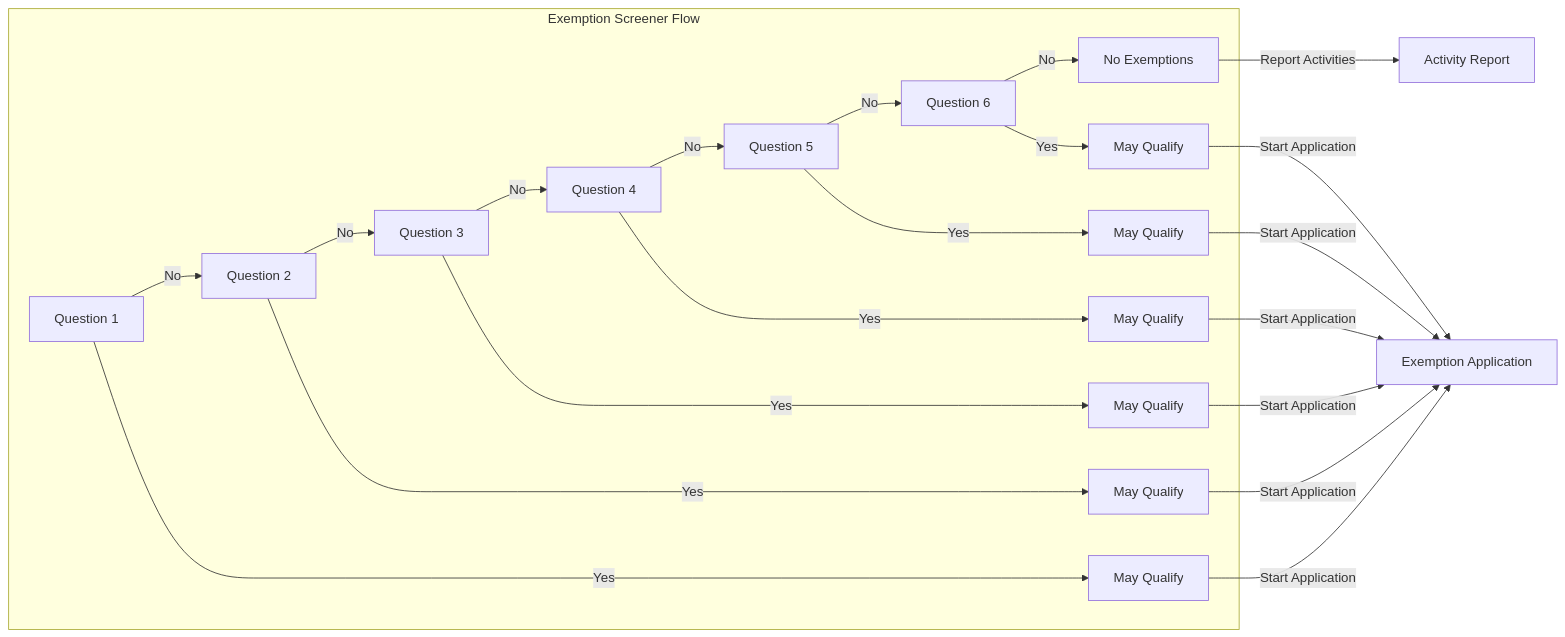
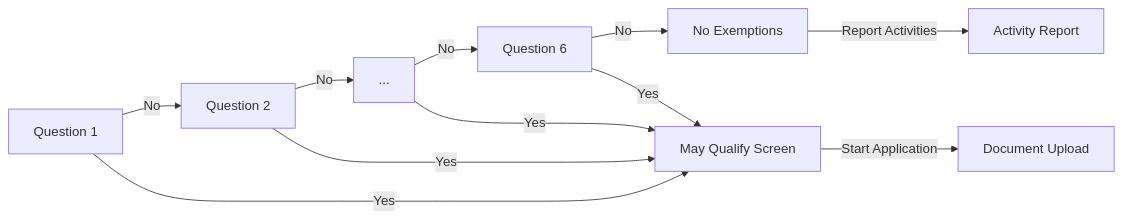
The first of 2 diagrams in docs/architecture/exemption-screener-v2/README.md (navapbc/oscer), drawn with Mermaid before and after one commit. The commit also changed other lines of this file and 2 other files, not shown here.

````diff
--- a/docs/architecture/exemption-screener-v2/README.md
+++ b/docs/architecture/exemption-screener-v2/README.md
@@ -21,21 +14,7 @@
 ```mermaid
 flowchart LR
-    subgraph screener [Exemption Screener Flow]
-        Q1[Question 1] --> |No| Q2[Question 2]
-        Q2 --> |No| Q3[Question 3]
-        Q3 --> |No| Q4[Question 4]
-        Q4 --> |No| Q5[Question 5]
-        Q5 --> |No| Q6[Question 6]
-        Q6 --> |No| Complete[No Exemptions]
-
-        Q1 --> |Yes| MQ1[May Qualify]
-        Q2 --> |Yes| MQ2[May Qualify]
-        Q3 --> |Yes| MQ3[May Qualify]
-        Q4 --> |Yes| MQ4[May Qualify]
-        Q5 --> |Yes| MQ5[May Qualify]
-        Q6 --> |Yes| MQ6[May Qualify]
-    end
-
-    MQ1 & MQ2 & MQ3 & MQ4 & MQ5 & MQ6 --> |Start Application| App[Exemption Application]
-    Complete --> |Report Activities| AR[Activity Report]
+    Q1[Question 1] -->|No| Q2[Question 2] -->|No| Q3[...] -->|No| Q6[Question 6] -->|No| Complete[No Exemptions]
+    Q1 & Q2 & Q3 & Q6 -->|Yes| MQ[May Qualify Screen]
+    MQ -->|Start Application| App[Document Upload]
+    Complete -->|Report Activities| AR[Activity Report]
 ```
````
